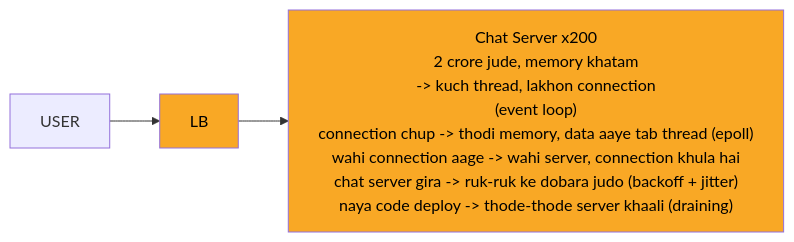
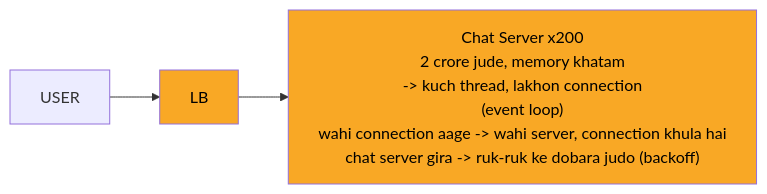
The second of 12 diagrams in 04_HLD/SYSTEM_DESIGNS/14_chat_messaging/14_chat_messaging.md (ArpanMaheshwari144/Prep), drawn with Mermaid before and after one commit. The commit also changed other lines of this file and 13 other files, not shown here.

````diff
--- a/04_HLD/SYSTEM_DESIGNS/14_chat_messaging/14_chat_messaging.md
+++ b/04_HLD/SYSTEM_DESIGNS/14_chat_messaging/14_chat_messaging.md
@@ -130,11 +130,11 @@
 ```mermaid
 %%{init: {"flowchart": {"wrappingWidth": 450}}}%%
 flowchart LR
     n_U["USER"]
     n_LB["LB"]
-    n_CS["Chat Server x200<br/>2 crore jude, memory khatam<br/>-> kuch thread, lakhon connection<br/>(event loop)<br/>connection chup -> thodi memory, data aaye tab thread (epoll)<br/>wahi connection aage -> wahi server, connection khula hai<br/>chat server gira -> ruk-ruk ke dobara judo (backoff + jitter)<br/>naya code deploy -> thode-thode server khaali (draining)"]
+    n_CS["Chat Server x200<br/>2 crore jude, memory khatam<br/>-> kuch thread, lakhon connection<br/>(event loop)<br/>wahi connection aage -> wahi server, connection khula hai<br/>chat server gira -> ruk-ruk ke dobara judo (backoff)"]
     n_U --> n_LB
     n_LB --> n_CS
     style n_CS fill:#f9a825,color:#000
     style n_LB fill:#f9a825,color:#000
 ```
````
